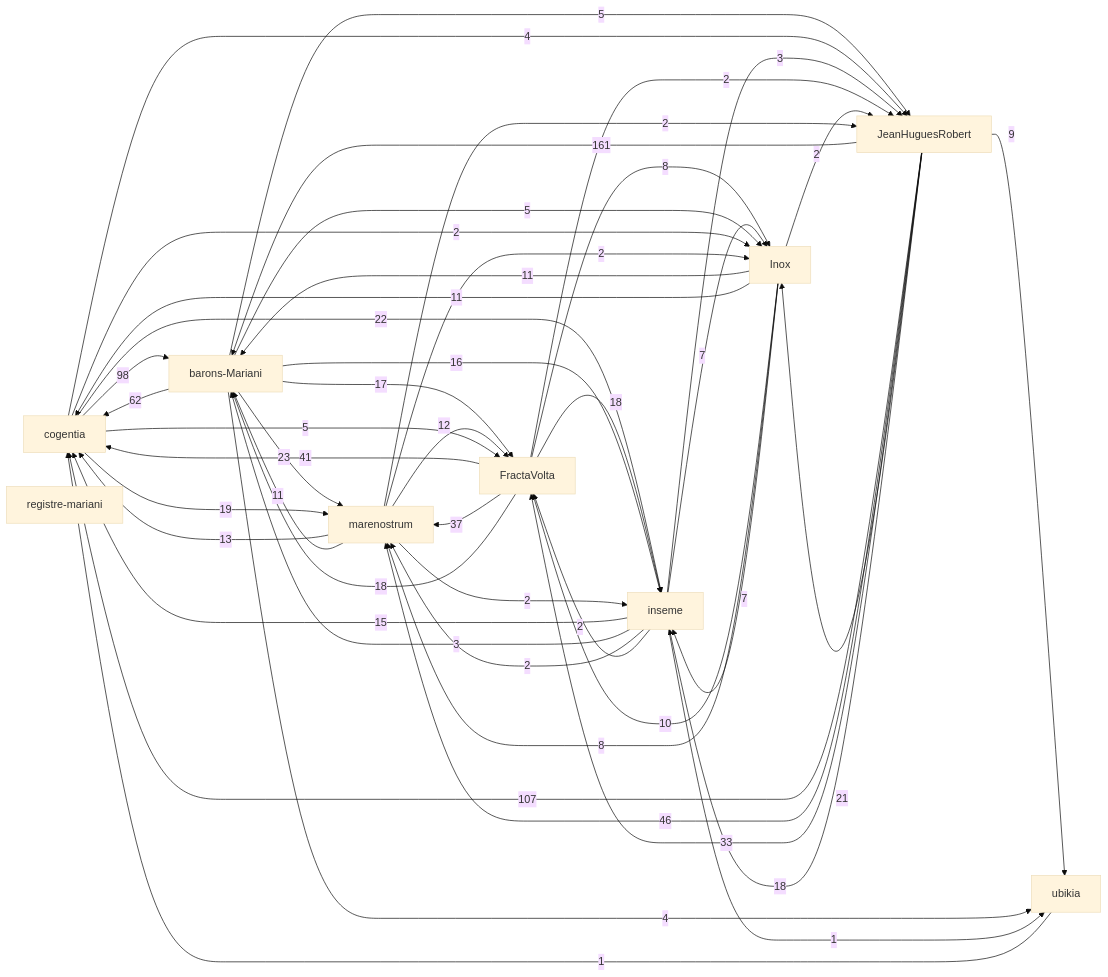
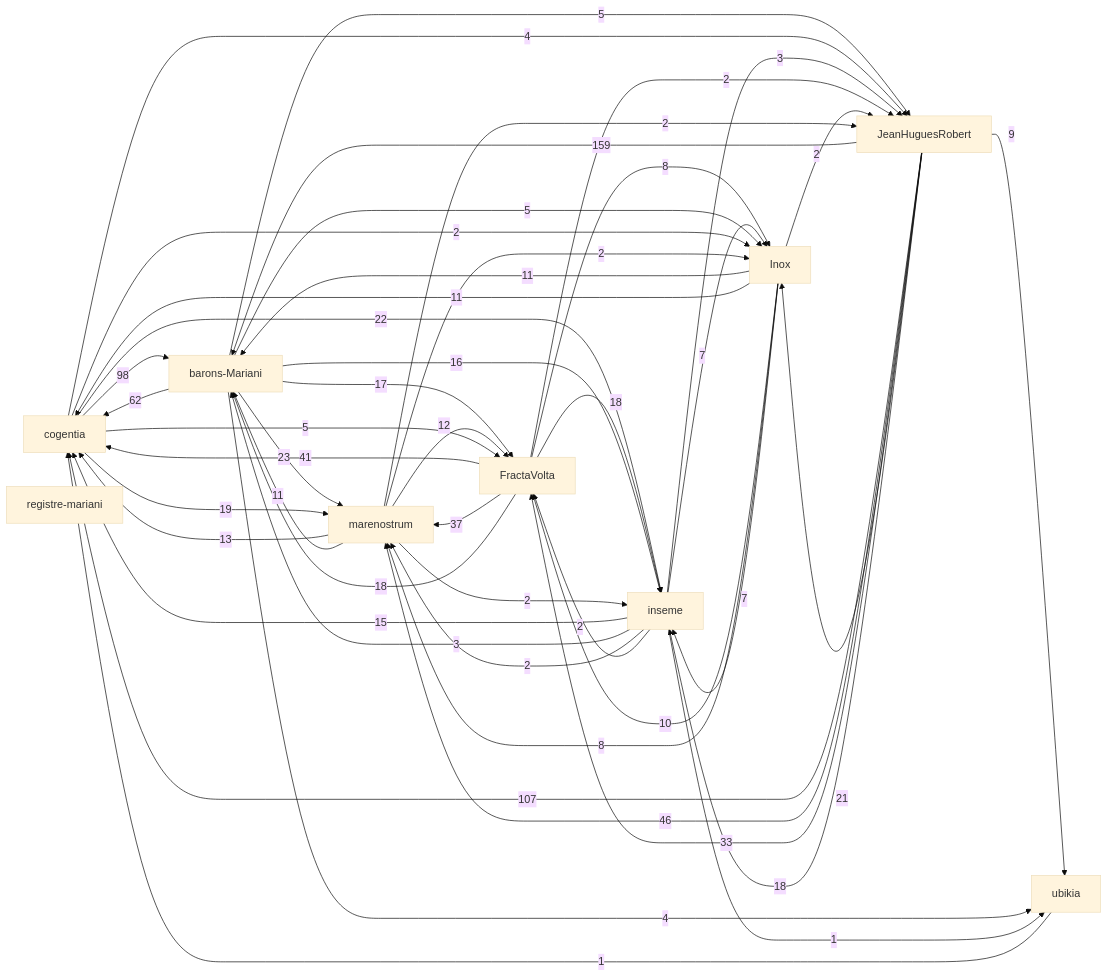
Before and after one commit to JeanHuguesRobert/FractaVolta: the first of 2 diagrams in research/corpus-status.md, drawn with Mermaid (base theme).

Commit message:
Refresh FractaVolta corpus status

````diff
--- a/research/corpus-status.md
+++ b/research/corpus-status.md
@@ -45,58 +45,58 @@
 ```mermaid
 graph LR
   r_cogentia["cogentia"]
   r_fractavolta["FractaVolta"]
   r_marenostrum["marenostrum"]
   r_barons_mariani["barons-Mariani"]
   r_inseme["inseme"]
   r_inox["Inox"]
   r_registre_mariani["registre-mariani"]
   r_ubikia["ubikia"]
   r_jeanhuguesrobert["JeanHuguesRobert"]
-  r_jeanhuguesrobert -->|161| r_barons_mariani
+  r_jeanhuguesrobert -->|159| r_barons_mariani
   r_jeanhuguesrobert -->|107| r_cogentia
   r_cogentia -->|98| r_barons_mariani
   r_barons_mariani -->|62| r_cogentia
   r_jeanhuguesrobert -->|46| r_marenostrum
   r_fractavolta -->|41| r_cogentia
   r_fractavolta -->|37| r_marenostrum
   r_jeanhuguesrobert -->|33| r_fractavolta
   r_barons_mariani -->|23| r_marenostrum
   r_cogentia -->|22| r_inseme
   r_jeanhuguesrobert -->|21| r_inox
   r_cogentia -->|19| r_marenostrum
   r_fractavolta -->|18| r_inseme
   r_fractavolta -->|18| r_barons_mariani
   r_jeanhuguesrobert -->|18| r_inseme
   r_barons_mariani -->|17| r_fractavolta
   r_barons_mariani -->|16| r_inseme
   r_inseme -->|15| r_cogentia
   r_marenostrum -->|13| r_cogentia
   r_marenostrum -->|12| r_fractavolta
   r_inox -->|11| r_barons_mariani
   r_inox -->|11| r_cogentia
   r_marenostrum -->|11| r_barons_mariani
   r_inox -->|10| r_fractavolta
   r_jeanhuguesrobert -->|9| r_ubikia
   r_fractavolta -->|8| r_inox
   r_inox -->|8| r_marenostrum
   r_inox -->|7| r_inseme
   r_inseme -->|7| r_inox
   r_barons_mariani -->|5| r_inox
   r_barons_mariani -->|5| r_jeanhuguesrobert
   r_cogentia -->|5| r_fractavolta
   r_barons_mariani -->|4| r_ubikia
   r_cogentia -->|4| r_jeanhuguesrobert
   r_inseme -->|3| r_barons_mariani
   r_inseme -->|3| r_jeanhuguesrobert
   r_cogentia -->|2| r_inox
   r_fractavolta -->|2| r_jeanhuguesrobert
   r_inox -->|2| r_jeanhuguesrobert
   r_inseme -->|2| r_marenostrum
   r_inseme -->|2| r_fractavolta
   r_marenostrum -->|2| r_jeanhuguesrobert
   r_marenostrum -->|2| r_inseme
   r_marenostrum -->|2| r_inox
   r_inseme -->|1| r_ubikia
   r_ubikia -->|1| r_cogentia
 ```
````
